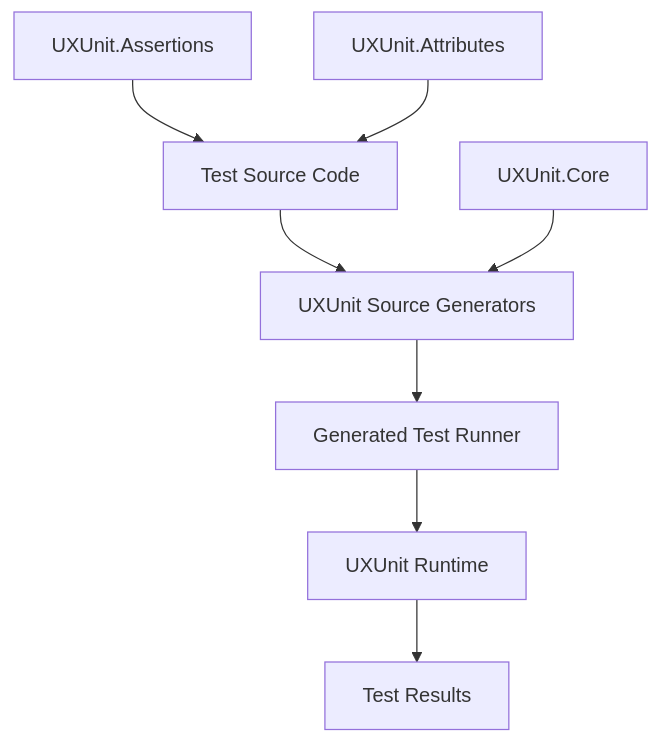
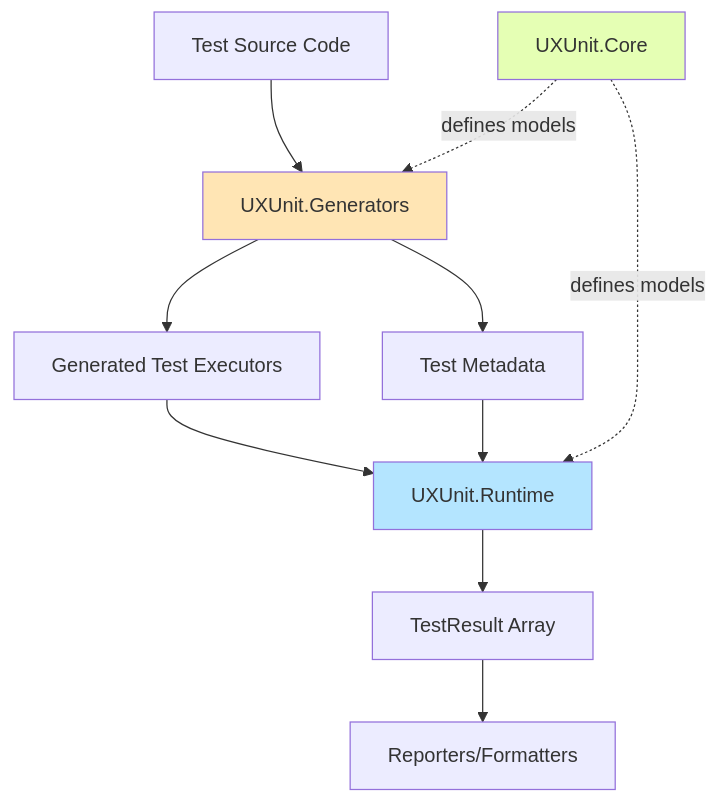
The diagram in docs/design.md (agocke/uxunit), drawn with Mermaid before and after one commit. The commit also changed other lines of this file and 20 other files, not shown here.

````diff
--- a/docs/design.md
+++ b/docs/design.md
@@ -25,11 +25,17 @@
 ```mermaid
 graph TB
-    A[Test Source Code] --> B[UXUnit Source Generators]
-    B --> C[Generated Test Runner]
-    C --> D[UXUnit Runtime]
-    D --> E[Test Results]
+    A[Test Source Code] --> B[UXUnit.Generators]
+    B --> C[Generated Test Executors]
+    B --> D[Test Metadata]
+    C --> E[UXUnit.Runtime]
+    D --> E
+    E --> F[TestResult Array]
+    F --> G[Reporters/Formatters]
 
-    F[UXUnit.Core] --> B
-    G[UXUnit.Assertions] --> A
-    H[UXUnit.Attributes] --> A
+    H[UXUnit.Core] -.defines models.-> B
+    H -.defines models.-> E
+
+    style B fill:#FFE5B4
+    style E fill:#B4E5FF
+    style H fill:#E5FFB4
 ```
````
